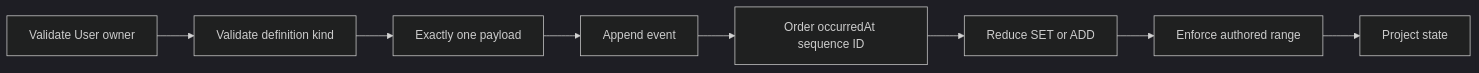
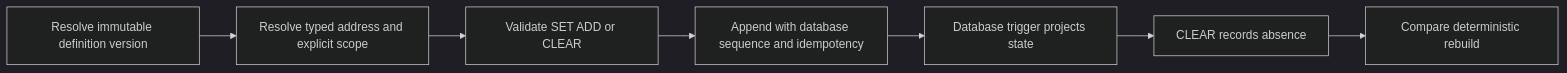
One commit to bkalaf/echoes-of-eidolon changed the diagram in docs/architecture/mermaid/process/p32-capability-event-reduction.mmd. Above: the diagram before and after it, drawn with Mermaid (dark theme). The commit also changed 43 other files, not shown here.

```diff
--- a/docs/architecture/mermaid/process/p32-capability-event-reduction.mmd
+++ b/docs/architecture/mermaid/process/p32-capability-event-reduction.mmd
@@ -1,17 +1,15 @@
 %% Capability event reduction
 flowchart LR
-  ValidateUserowner0["Validate User owner"]
-  Validatedefinition1["Validate definition kind"]
-  Exactlyonepayload2["Exactly one payload"]
-  Appendevent3["Append event"]
-  OrderoccurredAtseq4["Order occurredAt sequence ID"]
-  ReduceSETorADD5["Reduce SET or ADD"]
-  Enforceauthoredran6["Enforce authored range"]
-  Projectstate7["Project state"]
-  ValidateUserowner0 --> Validatedefinition1
-  Validatedefinition1 --> Exactlyonepayload2
-  Exactlyonepayload2 --> Appendevent3
-  Appendevent3 --> OrderoccurredAtseq4
-  OrderoccurredAtseq4 --> ReduceSETorADD5
-  ReduceSETorADD5 --> Enforceauthoredran6
-  Enforceauthoredran6 --> Projectstate7
+  Resolveimmutablede0["Resolve immutable definition version"]
+  Resolvetypedaddres1["Resolve typed address and explicit scope"]
+  ValidateSETADDorCL2["Validate SET ADD or CLEAR"]
+  Appendwithdatabase3["Append with database sequence and idempotency"]
+  Databasetriggerpro4["Database trigger projects state"]
+  CLEARrecordsabsenc5["CLEAR records absence"]
+  Comparedeterminist6["Compare deterministic rebuild"]
+  Resolveimmutablede0 --> Resolvetypedaddres1
+  Resolvetypedaddres1 --> ValidateSETADDorCL2
+  ValidateSETADDorCL2 --> Appendwithdatabase3
+  Appendwithdatabase3 --> Databasetriggerpro4
+  Databasetriggerpro4 --> CLEARrecordsabsenc5
+  CLEARrecordsabsenc5 --> Comparedeterminist6
```
